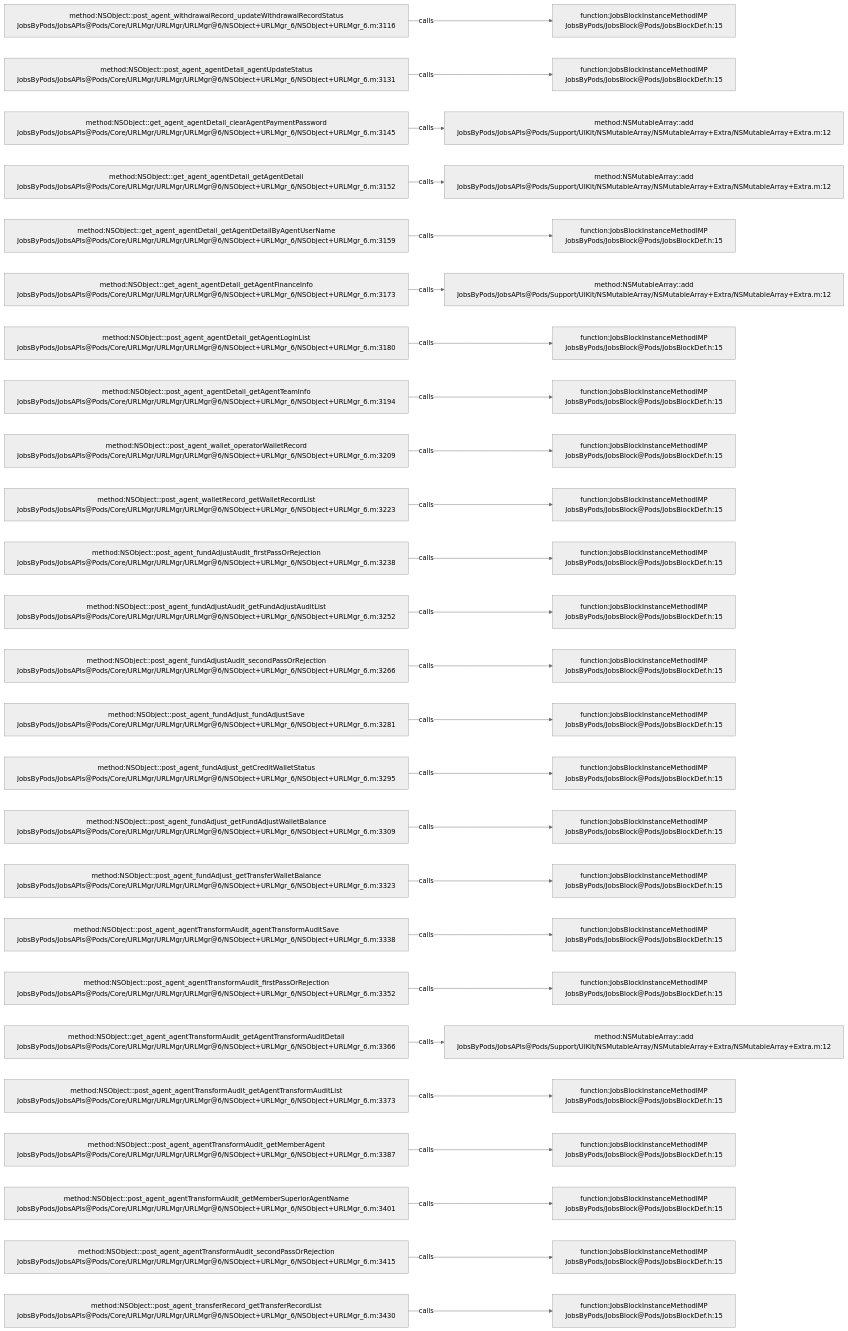
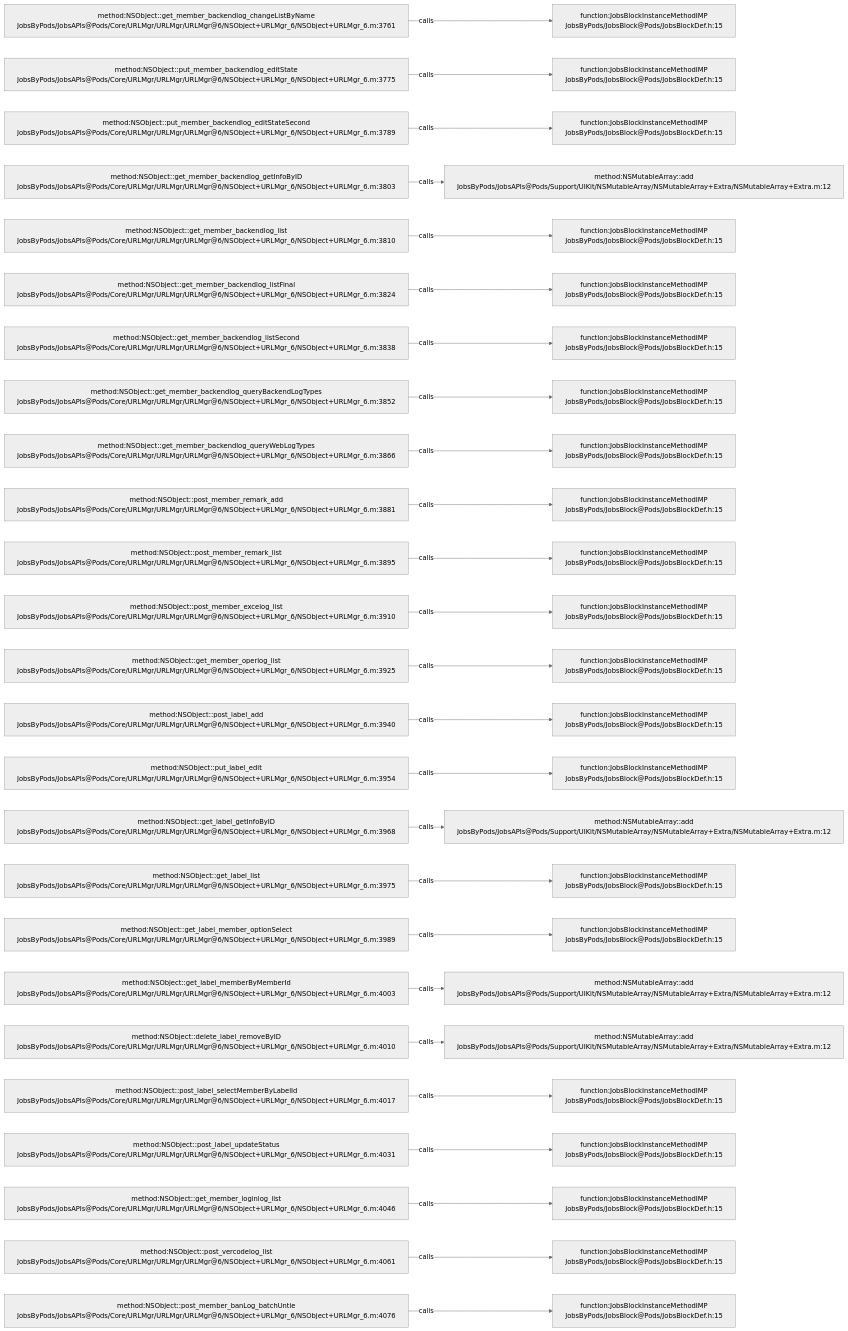
Before and after one commit to JobsKits/JobsOCBaseConfigDemo: the diagram in .codegraph/codegraph.md/graphs/calls-076.md, drawn with Mermaid (neutral theme). The commit also changed 223 other files, not shown here.

````diff
--- a/.codegraph/codegraph.md/graphs/calls-076.md
+++ b/.codegraph/codegraph.md/graphs/calls-076.md
@@ -13,78 +13,78 @@
 ```mermaid
 flowchart LR
-  S1["method:NSObject::post_agent_withdrawalRecord_updateWithdrawalRecordStatus<br/>JobsByPods/JobsAPIs@Pods/Core/URLMgr/URLMgr/URLMgr@6/NSObject+URLMgr_6/NSObject+URLMgr_6.m:3116"]
+  S1["method:NSObject::get_member_backendlog_changeListByName<br/>JobsByPods/JobsAPIs@Pods/Core/URLMgr/URLMgr/URLMgr@6/NSObject+URLMgr_6/NSObject+URLMgr_6.m:3761"]
   T1["function:JobsBlockInstanceMethodIMP<br/>JobsByPods/JobsBlock@Pods/JobsBlockDef.h:15"]
   S1 -->|calls| T1
-  S2["method:NSObject::post_agent_agentDetail_agentUpdateStatus<br/>JobsByPods/JobsAPIs@Pods/Core/URLMgr/URLMgr/URLMgr@6/NSObject+URLMgr_6/NSObject+URLMgr_6.m:3131"]
+  S2["method:NSObject::put_member_backendlog_editState<br/>JobsByPods/JobsAPIs@Pods/Core/URLMgr/URLMgr/URLMgr@6/NSObject+URLMgr_6/NSObject+URLMgr_6.m:3775"]
   T2["function:JobsBlockInstanceMethodIMP<br/>JobsByPods/JobsBlock@Pods/JobsBlockDef.h:15"]
   S2 -->|calls| T2
-  S3["method:NSObject::get_agent_agentDetail_clearAgentPaymentPassword<br/>JobsByPods/JobsAPIs@Pods/Core/URLMgr/URLMgr/URLMgr@6/NSObject+URLMgr_6/NSObject+URLMgr_6.m:3145"]
-  T3["method:NSMutableArray::add<br/>JobsByPods/JobsAPIs@Pods/Support/UIKit/NSMutableArray/NSMutableArray+Extra/NSMutableArray+Extra.m:12"]
+  S3["method:NSObject::put_member_backendlog_editStateSecond<br/>JobsByPods/JobsAPIs@Pods/Core/URLMgr/URLMgr/URLMgr@6/NSObject+URLMgr_6/NSObject+URLMgr_6.m:3789"]
+  T3["function:JobsBlockInstanceMethodIMP<br/>JobsByPods/JobsBlock@Pods/JobsBlockDef.h:15"]
   S3 -->|calls| T3
-  S4["method:NSObject::get_agent_agentDetail_getAgentDetail<br/>JobsByPods/JobsAPIs@Pods/Core/URLMgr/URLMgr/URLMgr@6/NSObject+URLMgr_6/NSObject+URLMgr_6.m:3152"]
+  S4["method:NSObject::get_member_backendlog_getInfoByID<br/>JobsByPods/JobsAPIs@Pods/Core/URLMgr/URLMgr/URLMgr@6/NSObject+URLMgr_6/NSObject+URLMgr_6.m:3803"]
   T4["method:NSMutableArray::add<br/>JobsByPods/JobsAPIs@Pods/Support/UIKit/NSMutableArray/NSMutableArray+Extra/NSMutableArray+Extra.m:12"]
   S4 -->|calls| T4
-  S5["method:NSObject::get_agent_agentDetail_getAgentDetailByAgentUserName<br/>JobsByPods/JobsAPIs@Pods/Core/URLMgr/URLMgr/URLMgr@6/NSObject+URLMgr_6/NSObject+URLMgr_6.m:3159"]
+  S5["method:NSObject::get_member_backendlog_list<br/>JobsByPods/JobsAPIs@Pods/Core/URLMgr/URLMgr/URLMgr@6/NSObject+URLMgr_6/NSObject+URLMgr_6.m:3810"]
   T5["function:JobsBlockInstanceMethodIMP<br/>JobsByPods/JobsBlock@Pods/JobsBlockDef.h:15"]
   S5 -->|calls| T5
-  S6["method:NSObject::get_agent_agentDetail_getAgentFinanceInfo<br/>JobsByPods/JobsAPIs@Pods/Core/URLMgr/URLMgr/URLMgr@6/NSObject+URLMgr_6/NSObject+URLMgr_6.m:3173"]
-  T6["method:NSMutableArray::add<br/>JobsByPods/JobsAPIs@Pods/Support/UIKit/NSMutableArray/NSMutableArray+Extra/NSMutableArray+Extra.m:12"]
+  S6["method:NSObject::get_member_backendlog_listFinal<br/>JobsByPods/JobsAPIs@Pods/Core/URLMgr/URLMgr/URLMgr@6/NSObject+URLMgr_6/NSObject+URLMgr_6.m:3824"]
+  T6["function:JobsBlockInstanceMethodIMP<br/>JobsByPods/JobsBlock@Pods/JobsBlockDef.h:15"]
   S6 -->|calls| T6
-  S7["method:NSObject::post_agent_agentDetail_getAgentLoginList<br/>JobsByPods/JobsAPIs@Pods/Core/URLMgr/URLMgr/URLMgr@6/NSObject+URLMgr_6/NSObject+URLMgr_6.m:3180"]
+  S7["method:NSObject::get_member_backendlog_listSecond<br/>JobsByPods/JobsAPIs@Pods/Core/URLMgr/URLMgr/URLMgr@6/NSObject+URLMgr_6/NSObject+URLMgr_6.m:3838"]
   T7["function:JobsBlockInstanceMethodIMP<br/>JobsByPods/JobsBlock@Pods/JobsBlockDef.h:15"]
   S7 -->|calls| T7
-  S8["method:NSObject::post_agent_agentDetail_getAgentTeamInfo<br/>JobsByPods/JobsAPIs@Pods/Core/URLMgr/URLMgr/URLMgr@6/NSObject+URLMgr_6/NSObject+URLMgr_6.m:3194"]
+  S8["method:NSObject::get_member_backendlog_queryBackendLogTypes<br/>JobsByPods/JobsAPIs@Pods/Core/URLMgr/URLMgr/URLMgr@6/NSObject+URLMgr_6/NSObject+URLMgr_6.m:3852"]
   T8["function:JobsBlockInstanceMethodIMP<br/>JobsByPods/JobsBlock@Pods/JobsBlockDef.h:15"]
   S8 -->|calls| T8
-  S9["method:NSObject::post_agent_wallet_operatorWalletRecord<br/>JobsByPods/JobsAPIs@Pods/Core/URLMgr/URLMgr/URLMgr@6/NSObject+URLMgr_6/NSObject+URLMgr_6.m:3209"]
+  S9["method:NSObject::get_member_backendlog_queryWebLogTypes<br/>JobsByPods/JobsAPIs@Pods/Core/URLMgr/URLMgr/URLMgr@6/NSObject+URLMgr_6/NSObject+URLMgr_6.m:3866"]
   T9["function:JobsBlockInstanceMethodIMP<br/>JobsByPods/JobsBlock@Pods/JobsBlockDef.h:15"]
   S9 -->|calls| T9
-  S10["method:NSObject::post_agent_walletRecord_getWalletRecordList<br/>JobsByPods/JobsAPIs@Pods/Core/URLMgr/URLMgr/URLMgr@6/NSObject+URLMgr_6/NSObject+URLMgr_6.m:3223"]
+  S10["method:NSObject::post_member_remark_add<br/>JobsByPods/JobsAPIs@Pods/Core/URLMgr/URLMgr/URLMgr@6/NSObject+URLMgr_6/NSObject+URLMgr_6.m:3881"]
   T10["function:JobsBlockInstanceMethodIMP<br/>JobsByPods/JobsBlock@Pods/JobsBlockDef.h:15"]
   S10 -->|calls| T10
-  S11["method:NSObject::post_agent_fundAdjustAudit_firstPassOrRejection<br/>JobsByPods/JobsAPIs@Pods/Core/URLMgr/URLMgr/URLMgr@6/NSObject+URLMgr_6/NSObject+URLMgr_6.m:3238"]
+  S11["method:NSObject::post_member_remark_list<br/>JobsByPods/JobsAPIs@Pods/Core/URLMgr/URLMgr/URLMgr@6/NSObject+URLMgr_6/NSObject+URLMgr_6.m:3895"]
   T11["function:JobsBlockInstanceMethodIMP<br/>JobsByPods/JobsBlock@Pods/JobsBlockDef.h:15"]
   S11 -->|calls| T11
-  S12["method:NSObject::post_agent_fundAdjustAudit_getFundAdjustAuditList<br/>JobsByPods/JobsAPIs@Pods/Core/URLMgr/URLMgr/URLMgr@6/NSObject+URLMgr_6/NSObject+URLMgr_6.m:3252"]
+  S12["method:NSObject::post_member_excelog_list<br/>JobsByPods/JobsAPIs@Pods/Core/URLMgr/URLMgr/URLMgr@6/NSObject+URLMgr_6/NSObject+URLMgr_6.m:3910"]
   T12["function:JobsBlockInstanceMethodIMP<br/>JobsByPods/JobsBlock@Pods/JobsBlockDef.h:15"]
   S12 -->|calls| T12
-  S13["method:NSObject::post_agent_fundAdjustAudit_secondPassOrRejection<br/>JobsByPods/JobsAPIs@Pods/Core/URLMgr/URLMgr/URLMgr@6/NSObject+URLMgr_6/NSObject+URLMgr_6.m:3266"]
+  S13["method:NSObject::get_member_operlog_list<br/>JobsByPods/JobsAPIs@Pods/Core/URLMgr/URLMgr/URLMgr@6/NSObject+URLMgr_6/NSObject+URLMgr_6.m:3925"]
   T13["function:JobsBlockInstanceMethodIMP<br/>JobsByPods/JobsBlock@Pods/JobsBlockDef.h:15"]
   S13 -->|calls| T13
-  S14["method:NSObject::post_agent_fundAdjust_fundAdjustSave<br/>JobsByPods/JobsAPIs@Pods/Core/URLMgr/URLMgr/URLMgr@6/NSObject+URLMgr_6/NSObject+URLMgr_6.m:3281"]
+  S14["method:NSObject::post_label_add<br/>JobsByPods/JobsAPIs@Pods/Core/URLMgr/URLMgr/URLMgr@6/NSObject+URLMgr_6/NSObject+URLMgr_6.m:3940"]
   T14["function:JobsBlockInstanceMethodIMP<br/>JobsByPods/JobsBlock@Pods/JobsBlockDef.h:15"]
   S14 -->|calls| T14
-  S15["method:NSObject::post_agent_fundAdjust_getCreditWalletStatus<br/>JobsByPods/JobsAPIs@Pods/Core/URLMgr/URLMgr/URLMgr@6/NSObject+URLMgr_6/NSObject+URLMgr_6.m:3295"]
+  S15["method:NSObject::put_label_edit<br/>JobsByPods/JobsAPIs@Pods/Core/URLMgr/URLMgr/URLMgr@6/NSObject+URLMgr_6/NSObject+URLMgr_6.m:3954"]
   T15["function:JobsBlockInstanceMethodIMP<br/>JobsByPods/JobsBlock@Pods/JobsBlockDef.h:15"]
   S15 -->|calls| T15
-  S16["method:NSObject::post_agent_fundAdjust_getFundAdjustWalletBalance<br/>JobsByPods/JobsAPIs@Pods/Core/URLMgr/URLMgr/URLMgr@6/NSObject+URLMgr_6/NSObject+URLMgr_6.m:3309"]
-  T16["function:JobsBlockInstanceMethodIMP<br/>JobsByPods/JobsBlock@Pods/JobsBlockDef.h:15"]
+  S16["method:NSObject::get_label_getInfoByID<br/>JobsByPods/JobsAPIs@Pods/Core/URLMgr/URLMgr/URLMgr@6/NSObject+URLMgr_6/NSObject+URLMgr_6.m:3968"]
+  T16["method:NSMutableArray::add<br/>JobsByPods/JobsAPIs@Pods/Support/UIKit/NSMutableArray/NSMutableArray+Extra/NSMutableArray+Extra.m:12"]
   S16 -->|calls| T16
-  S17["method:NSObject::post_agent_fundAdjust_getTransferWalletBalance<br/>JobsByPods/JobsAPIs@Pods/Core/URLMgr/URLMgr/URLMgr@6/NSObject+URLMgr_6/NSObject+URLMgr_6.m:3323"]
+  S17["method:NSObject::get_label_list<br/>JobsByPods/JobsAPIs@Pods/Core/URLMgr/URLMgr/URLMgr@6/NSObject+URLMgr_6/NSObject+URLMgr_6.m:3975"]
   T17["function:JobsBlockInstanceMethodIMP<br/>JobsByPods/JobsBlock@Pods/JobsBlockDef.h:15"]
   S17 -->|calls| T17
-  S18["method:NSObject::post_agent_agentTransformAudit_agentTransformAuditSave<br/>JobsByPods/JobsAPIs@Pods/Core/URLMgr/URLMgr/URLMgr@6/NSObject+URLMgr_6/NSObject+URLMgr_6.m:3338"]
+  S18["method:NSObject::get_label_member_optionSelect<br/>JobsByPods/JobsAPIs@Pods/Core/URLMgr/URLMgr/URLMgr@6/NSObject+URLMgr_6/NSObject+URLMgr_6.m:3989"]
   T18["function:JobsBlockInstanceMethodIMP<br/>JobsByPods/JobsBlock@Pods/JobsBlockDef.h:15"]
   S18 -->|calls| T18
-  S19["method:NSObject::post_agent_agentTransformAudit_firstPassOrRejection<br/>JobsByPods/JobsAPIs@Pods/Core/URLMgr/URLMgr/URLMgr@6/NSObject+URLMgr_6/NSObject+URLMgr_6.m:3352"]
-  T19["function:JobsBlockInstanceMethodIMP<br/>JobsByPods/JobsBlock@Pods/JobsBlockDef.h:15"]
+  S19["method:NSObject::get_label_memberByMemberId<br/>JobsByPods/JobsAPIs@Pods/Core/URLMgr/URLMgr/URLMgr@6/NSObject+URLMgr_6/NSObject+URLMgr_6.m:4003"]
+  T19["method:NSMutableArray::add<br/>JobsByPods/JobsAPIs@Pods/Support/UIKit/NSMutableArray/NSMutableArray+Extra/NSMutableArray+Extra.m:12"]
   S19 -->|calls| T19
-  S20["method:NSObject::get_agent_agentTransformAudit_getAgentTransformAuditDetail<br/>JobsByPods/JobsAPIs@Pods/Core/URLMgr/URLMgr/URLMgr@6/NSObject+URLMgr_6/NSObject+URLMgr_6.m:3366"]
+  S20["method:NSObject::delete_label_removeByID<br/>JobsByPods/JobsAPIs@Pods/Core/URLMgr/URLMgr/URLMgr@6/NSObject+URLMgr_6/NSObject+URLMgr_6.m:4010"]
   T20["method:NSMutableArray::add<br/>JobsByPods/JobsAPIs@Pods/Support/UIKit/NSMutableArray/NSMutableArray+Extra/NSMutableArray+Extra.m:12"]
   S20 -->|calls| T20
-  S21["method:NSObject::post_agent_agentTransformAudit_getAgentTransformAuditList<br/>JobsByPods/JobsAPIs@Pods/Core/URLMgr/URLMgr/URLMgr@6/NSObject+URLMgr_6/NSObject+URLMgr_6.m:3373"]
+  S21["method:NSObject::post_label_selectMemberByLabelId<br/>JobsByPods/JobsAPIs@Pods/Core/URLMgr/URLMgr/URLMgr@6/NSObject+URLMgr_6/NSObject+URLMgr_6.m:4017"]
   T21["function:JobsBlockInstanceMethodIMP<br/>JobsByPods/JobsBlock@Pods/JobsBlockDef.h:15"]
   S21 -->|calls| T21
-  S22["method:NSObject::post_agent_agentTransformAudit_getMemberAgent<br/>JobsByPods/JobsAPIs@Pods/Core/URLMgr/URLMgr/URLMgr@6/NSObject+URLMgr_6/NSObject+URLMgr_6.m:3387"]
+  S22["method:NSObject::post_label_updateStatus<br/>JobsByPods/JobsAPIs@Pods/Core/URLMgr/URLMgr/URLMgr@6/NSObject+URLMgr_6/NSObject+URLMgr_6.m:4031"]
   T22["function:JobsBlockInstanceMethodIMP<br/>JobsByPods/JobsBlock@Pods/JobsBlockDef.h:15"]
   S22 -->|calls| T22
-  S23["method:NSObject::post_agent_agentTransformAudit_getMemberSuperiorAgentName<br/>JobsByPods/JobsAPIs@Pods/Core/URLMgr/URLMgr/URLMgr@6/NSObject+URLMgr_6/NSObject+URLMgr_6.m:3401"]
+  S23["method:NSObject::get_member_loginlog_list<br/>JobsByPods/JobsAPIs@Pods/Core/URLMgr/URLMgr/URLMgr@6/NSObject+URLMgr_6/NSObject+URLMgr_6.m:4046"]
   T23["function:JobsBlockInstanceMethodIMP<br/>JobsByPods/JobsBlock@Pods/JobsBlockDef.h:15"]
   S23 -->|calls| T23
-  S24["method:NSObject::post_agent_agentTransformAudit_secondPassOrRejection<br/>JobsByPods/JobsAPIs@Pods/Core/URLMgr/URLMgr/URLMgr@6/NSObject+URLMgr_6/NSObject+URLMgr_6.m:3415"]
+  S24["method:NSObject::post_vercodelog_list<br/>JobsByPods/JobsAPIs@Pods/Core/URLMgr/URLMgr/URLMgr@6/NSObject+URLMgr_6/NSObject+URLMgr_6.m:4061"]
   T24["function:JobsBlockInstanceMethodIMP<br/>JobsByPods/JobsBlock@Pods/JobsBlockDef.h:15"]
   S24 -->|calls| T24
-  S25["method:NSObject::post_agent_transferRecord_getTransferRecordList<br/>JobsByPods/JobsAPIs@Pods/Core/URLMgr/URLMgr/URLMgr@6/NSObject+URLMgr_6/NSObject+URLMgr_6.m:3430"]
+  S25["method:NSObject::post_member_banLog_batchUntie<br/>JobsByPods/JobsAPIs@Pods/Core/URLMgr/URLMgr/URLMgr@6/NSObject+URLMgr_6/NSObject+URLMgr_6.m:4076"]
   T25["function:JobsBlockInstanceMethodIMP<br/>JobsByPods/JobsBlock@Pods/JobsBlockDef.h:15"]
   S25 -->|calls| T25
 ```
````
